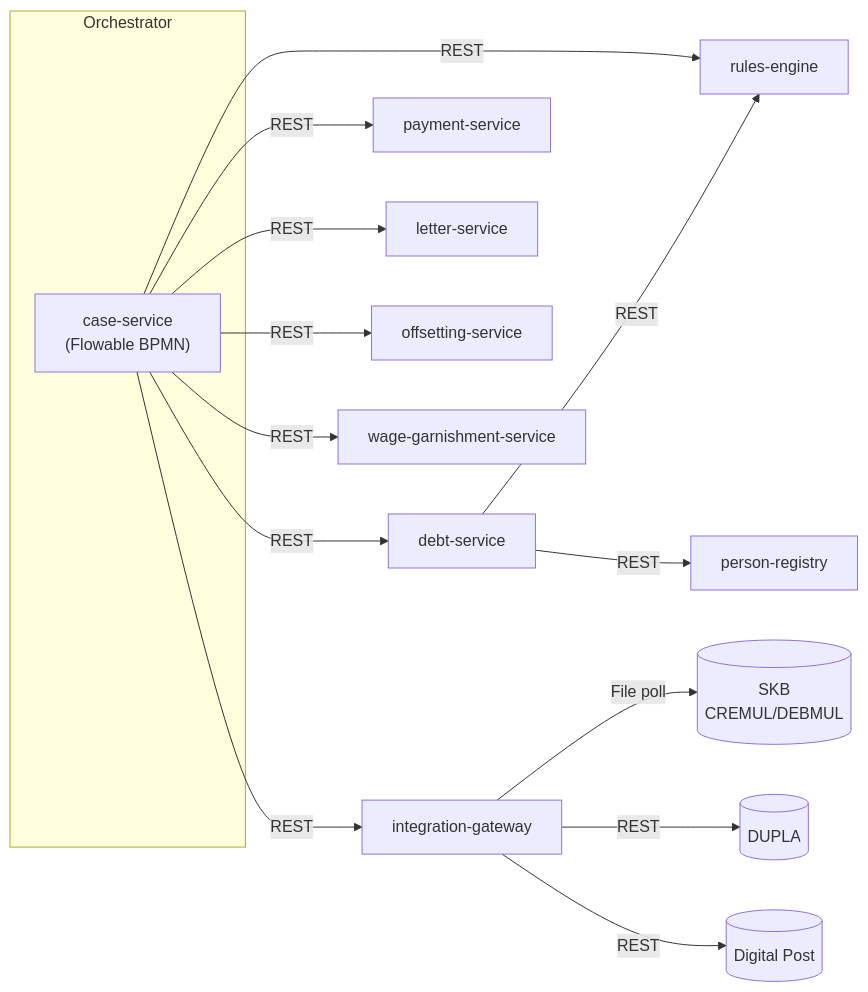
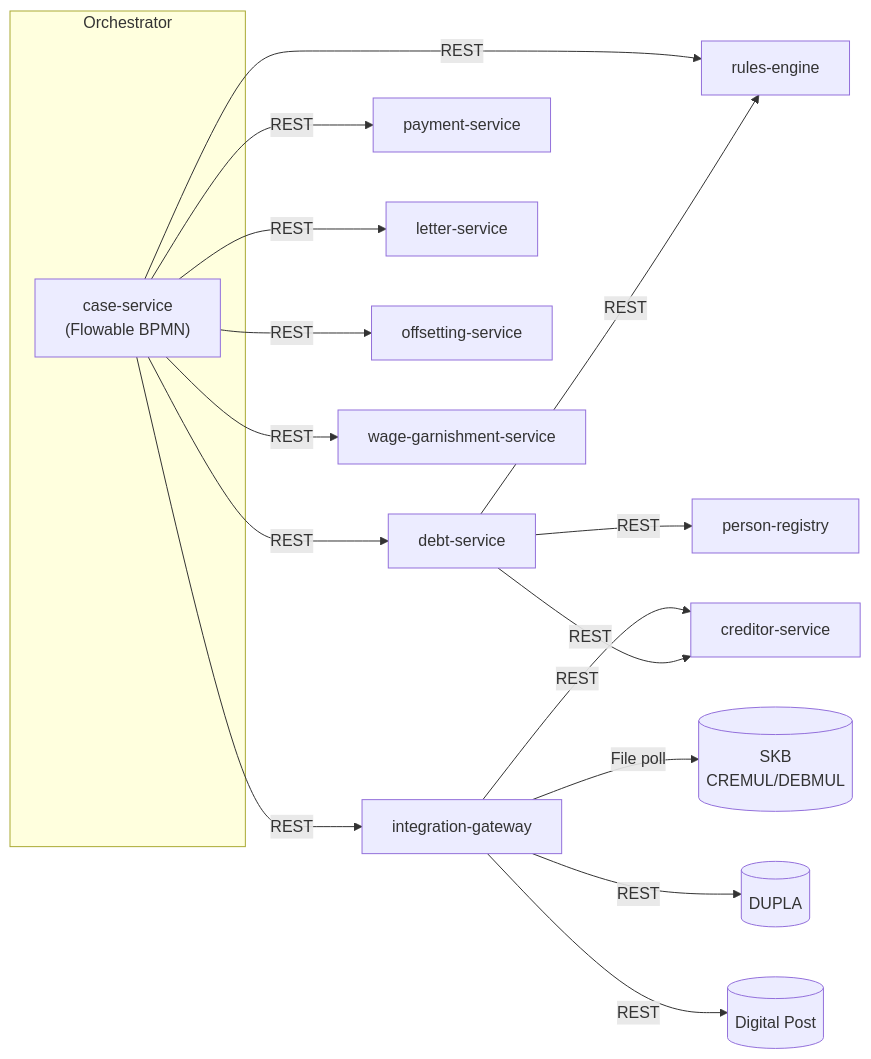
The seventh of 7 diagrams in docs/architecture-overview.md (mfhens/opendebt), drawn with Mermaid before and after one commit. The commit also changed other lines of this file and 32 other files, not shown here.

First line of the commit message:
feat(program): define creditor delivery architecture and W1 artifacts

````diff
--- a/docs/architecture-overview.md
+++ b/docs/architecture-overview.md
@@ -278,21 +329,23 @@
 ```mermaid
 flowchart LR
     subgraph Orchestrator
         CS["case-service<br/>(Flowable BPMN)"]
     end
 
     CS -->|REST| DS[debt-service]
     CS -->|REST| RE[rules-engine]
     CS -->|REST| PS[payment-service]
     CS -->|REST| LS[letter-service]
     CS -->|REST| OS[offsetting-service]
     CS -->|REST| WG[wage-garnishment-service]
     CS -->|REST| IG[integration-gateway]
 
     IG -->|File poll| SKB[(SKB<br/>CREMUL/DEBMUL)]
     IG -->|REST| DUPLA[(DUPLA)]
     IG -->|REST| DP[(Digital Post)]
+    IG -->|REST| CRS[creditor-service]
 
     DS -->|REST| RE
     DS -->|REST| PR[person-registry]
+    DS -->|REST| CRS
 ```
````
